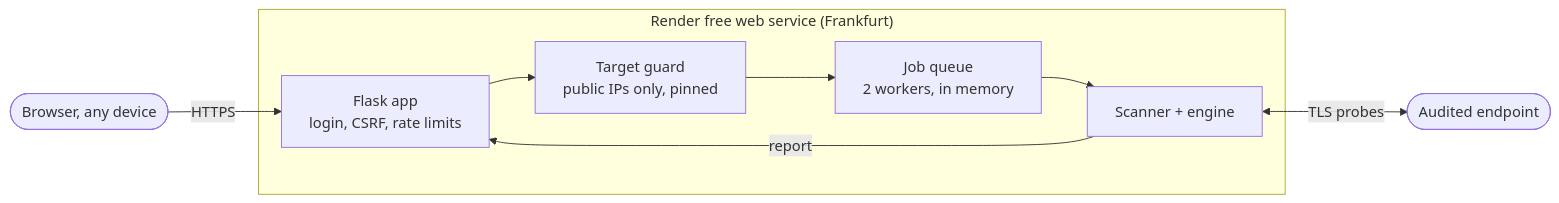
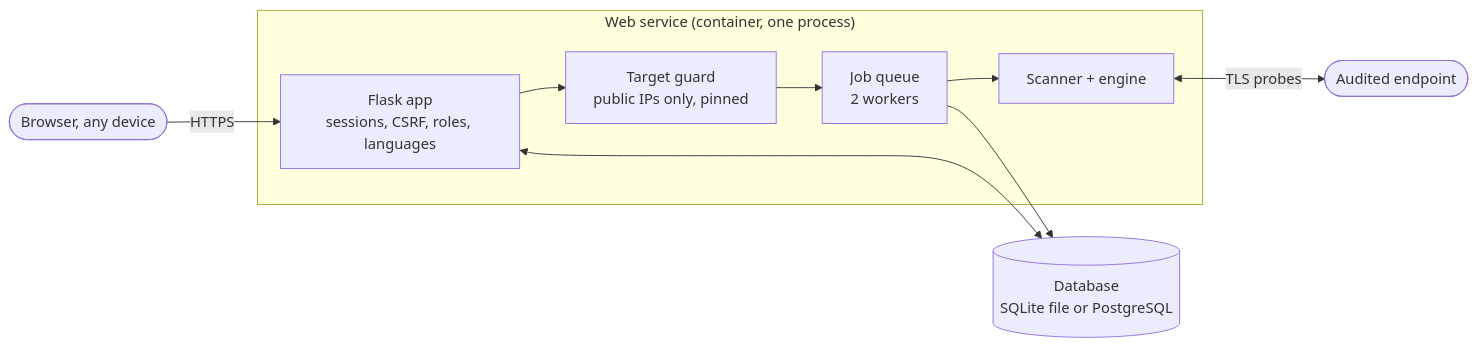
The third of 3 diagrams in docs/ARCHITECTURE.md (maksymkisil2/tr02102-audit), drawn with Mermaid before and after one commit. The commit also changed other lines of this file and 9 other files, not shown here.

````diff
--- a/docs/ARCHITECTURE.md
+++ b/docs/ARCHITECTURE.md
@@ -203,16 +227,18 @@
 ```mermaid
 flowchart LR
     browser(["Browser, any device"])
-    subgraph render["Render free web service (Frankfurt)"]
-        web["Flask app<br/>login, CSRF, rate limits"]
+    subgraph service["Web service (container, one process)"]
+        web["Flask app<br/>sessions, CSRF, roles, languages"]
         guard["Target guard<br/>public IPs only, pinned"]
-        jobs["Job queue<br/>2 workers, in memory"]
+        jobs["Job queue<br/>2 workers"]
         scanner["Scanner + engine"]
     end
+    db[("Database<br/>SQLite file or PostgreSQL")]
     target(["Audited endpoint"])
 
     browser -->|"HTTPS"| web
     web --> guard --> jobs --> scanner
     scanner <-->|"TLS probes"| target
-    scanner -->|"report"| web
+    web <--> db
+    jobs --> db
 ```
````
